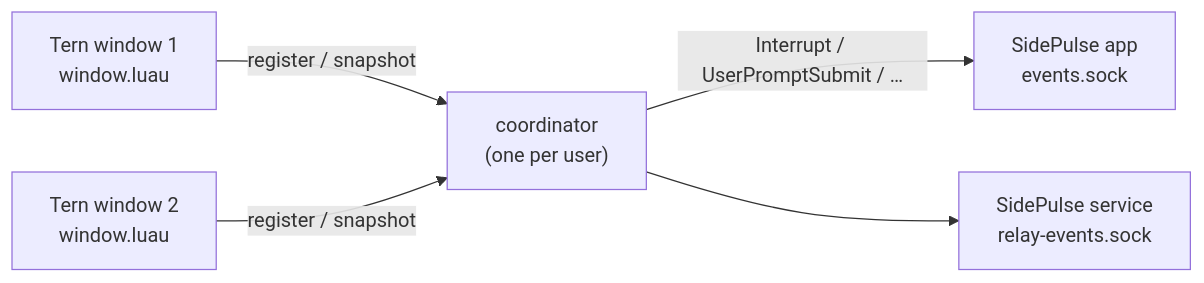
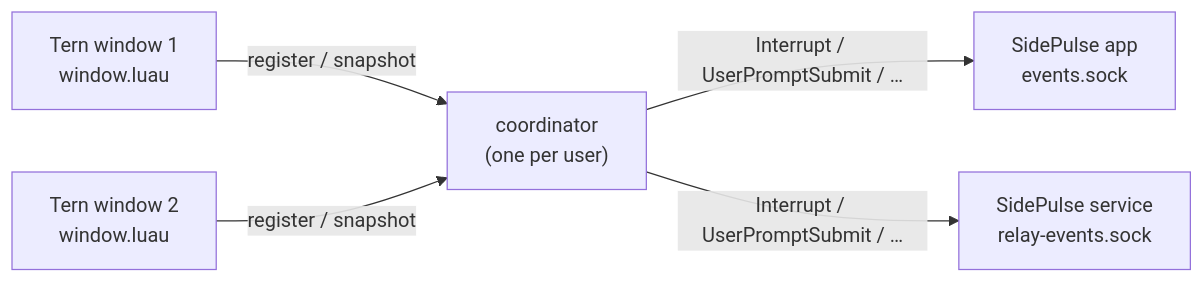
The diagram in README.md (alphastorm/tern-sidepulse), drawn with Mermaid before and after one commit. The commit also changed other lines of this file and 2 other files, not shown here.

````diff
--- a/README.md
+++ b/README.md
@@ -83,7 +85,7 @@
 ```mermaid
 flowchart LR
     W1["Tern window 1<br/>window.luau"] -- register / snapshot --> C["coordinator<br/>(one per user)"]
     W2["Tern window 2<br/>window.luau"] -- register / snapshot --> C
     C -- Interrupt / UserPromptSubmit / … --> U["SidePulse app<br/>events.sock"]
-    C --> S["SidePulse service<br/>relay-events.sock"]
+    C -- Interrupt / UserPromptSubmit / … --> S["SidePulse service<br/>relay-events.sock"]
 ```
````
